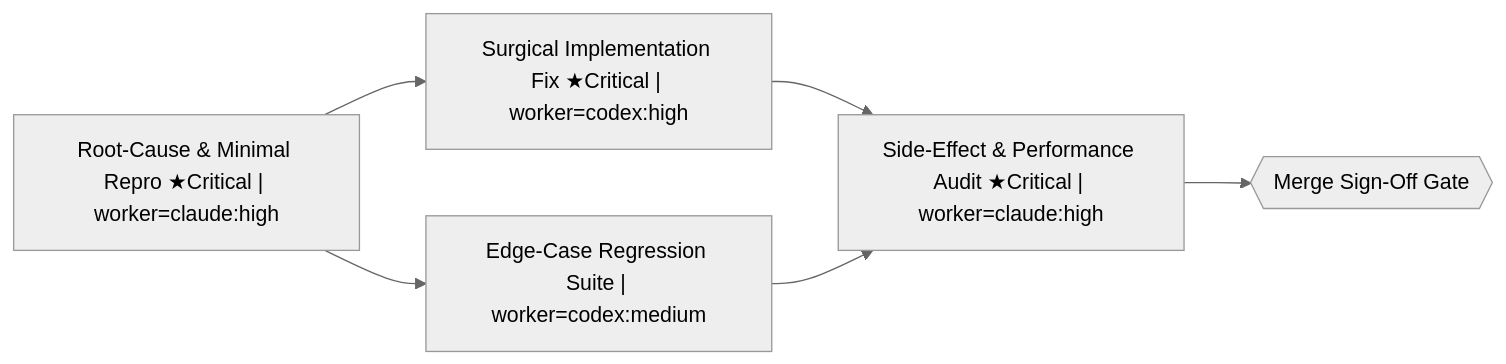
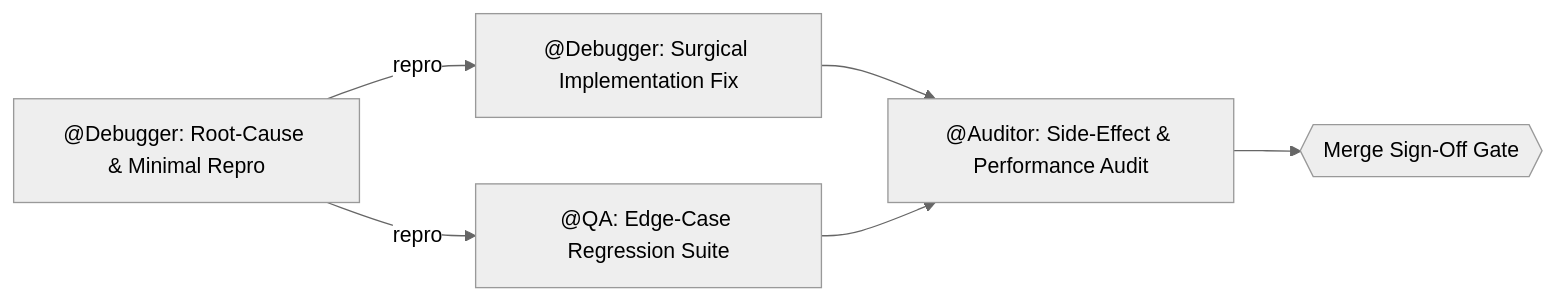
One commit to Daijunfan/Aexus-Code changed the diagram in examples/blueprints/bug-hunt-fix.md. Above: the diagram before and after it, drawn with Mermaid (neutral theme). The commit also changed other lines of this file and 108 other files, not shown here.

````diff
--- a/examples/blueprints/bug-hunt-fix.md
+++ b/examples/blueprints/bug-hunt-fix.md
@@ -1,13 +5,8 @@
 ```mermaid
 flowchart LR
-  %% @pos N1 204,260
-  %% @pos N2 598,132
-  %% @pos N3 598,388
-  %% @pos N4 992,260
-  %% @pos U1 1386,260
-  N1["Root-Cause & Minimal Repro ★Critical | worker=claude:high"] --> N2["Surgical Implementation Fix ★Critical | worker=codex:high"]
-  N1 --> N3["Edge-Case Regression Suite | worker=codex:medium"]
-  N2 --> N4["Side-Effect & Performance Audit ★Critical | worker=claude:high"]
+  N1["@Debugger: Root-Cause & Minimal Repro"] -->|repro| N2["@Debugger: Surgical Implementation Fix"]
+  N1 -->|repro| N3["@QA: Edge-Case Regression Suite"]
+  N2 --> N4["@Auditor: Side-Effect & Performance Audit"]
   N3 --> N4
   N4 --> U1{{"Merge Sign-Off Gate"}}
 ```
````
